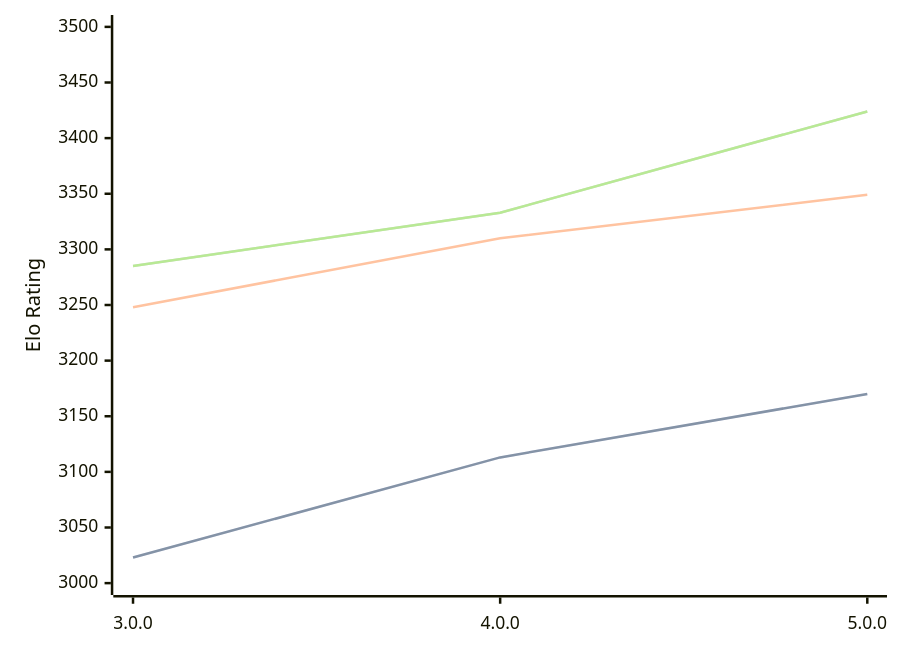
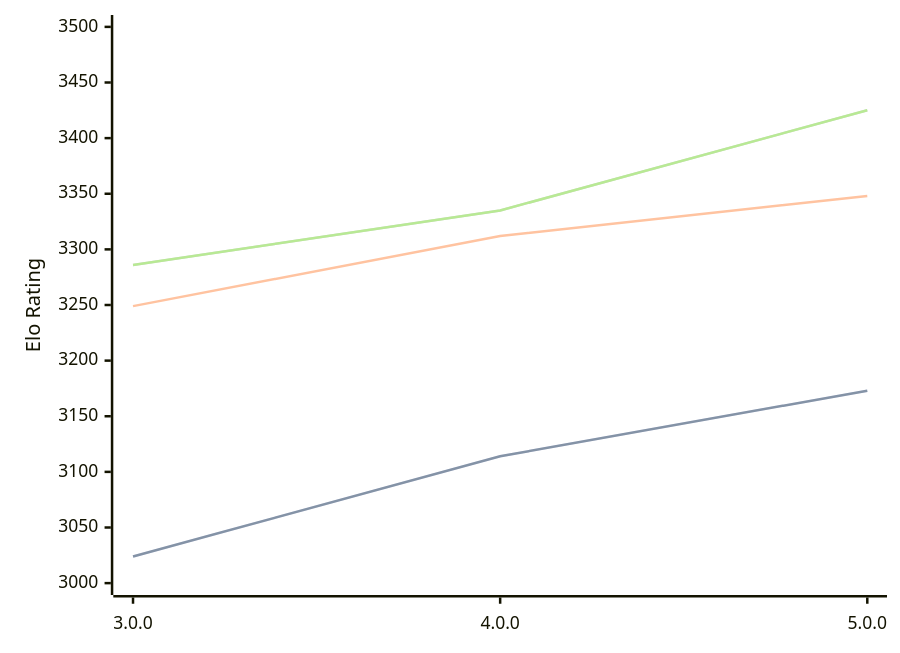
The diagram in engines/Minke.md (computer-chess-index/cci), drawn with Mermaid before and after one commit. The commit also changed other lines of this file, not shown here.

Commit message:
Update CCI Ratings (ELO VLTC) - 2026-02-21

````diff
--- a/engines/Minke.md
+++ b/engines/Minke.md
@@ -32,11 +32,11 @@
 ```mermaid
 %%{init: {"theme":"base","themeVariables":{"seriesColors:['#a3a3a3','#222221','#faa371']}}}%%
 xychart-beta
   x-axis ["3.0.0", "4.0.0", "5.0.0"]
   y-axis "Elo Rating" 3000 --> 3500
-  line "STC (8.0+0.08s)" [3023, 3113, 3170]
-  line "STC (8.0+0.08s)" [3023, 3113, 3170]
-  line "LTC (60.0+0.60s)" [3248, 3310, 3349]
-  line "VLTC (2m24s+1.12s)" [3285, 3333, 3424]
-  line "VLTC (2m24s+1.12s)" [3285, 3333, 3424]
+  line "STC (8.0+0.08s)" [3024, 3114, 3173]
+  line "STC (8.0+0.08s)" [3024, 3114, 3173]
+  line "LTC (60.0+0.60s)" [3249, 3312, 3348]
+  line "VLTC (2m24s+1.12s)" [3286, 3335, 3425]
+  line "VLTC (2m24s+1.12s)" [3286, 3335, 3425]
 ```
````
